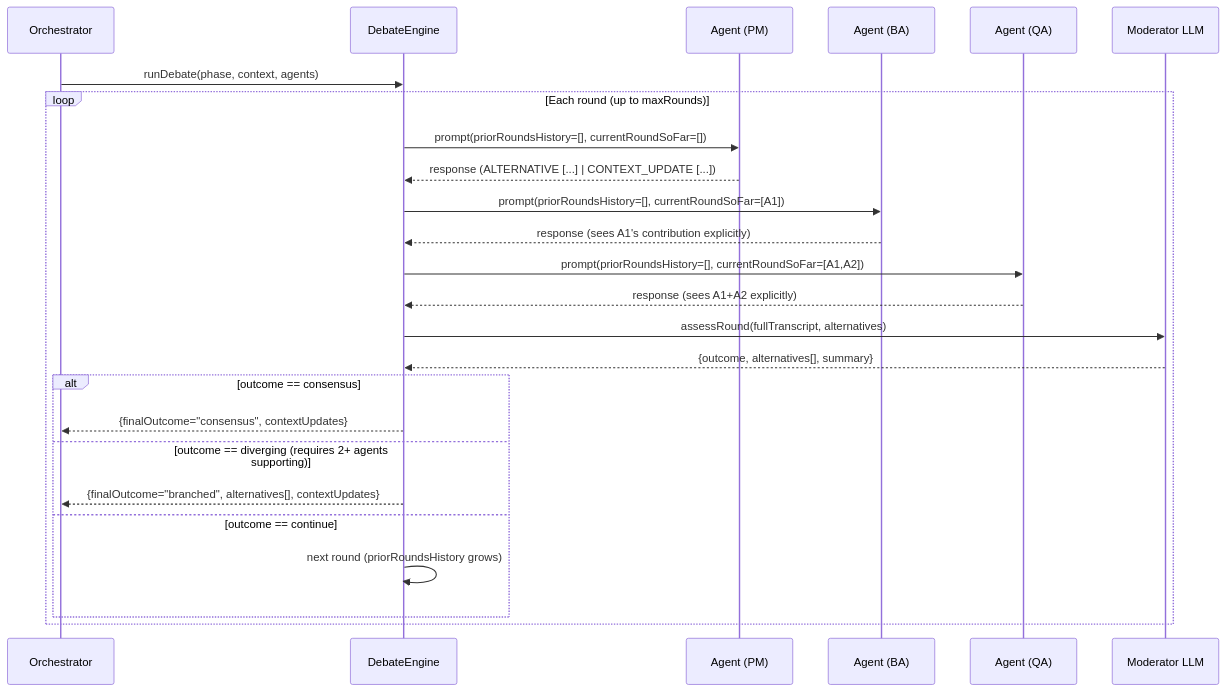
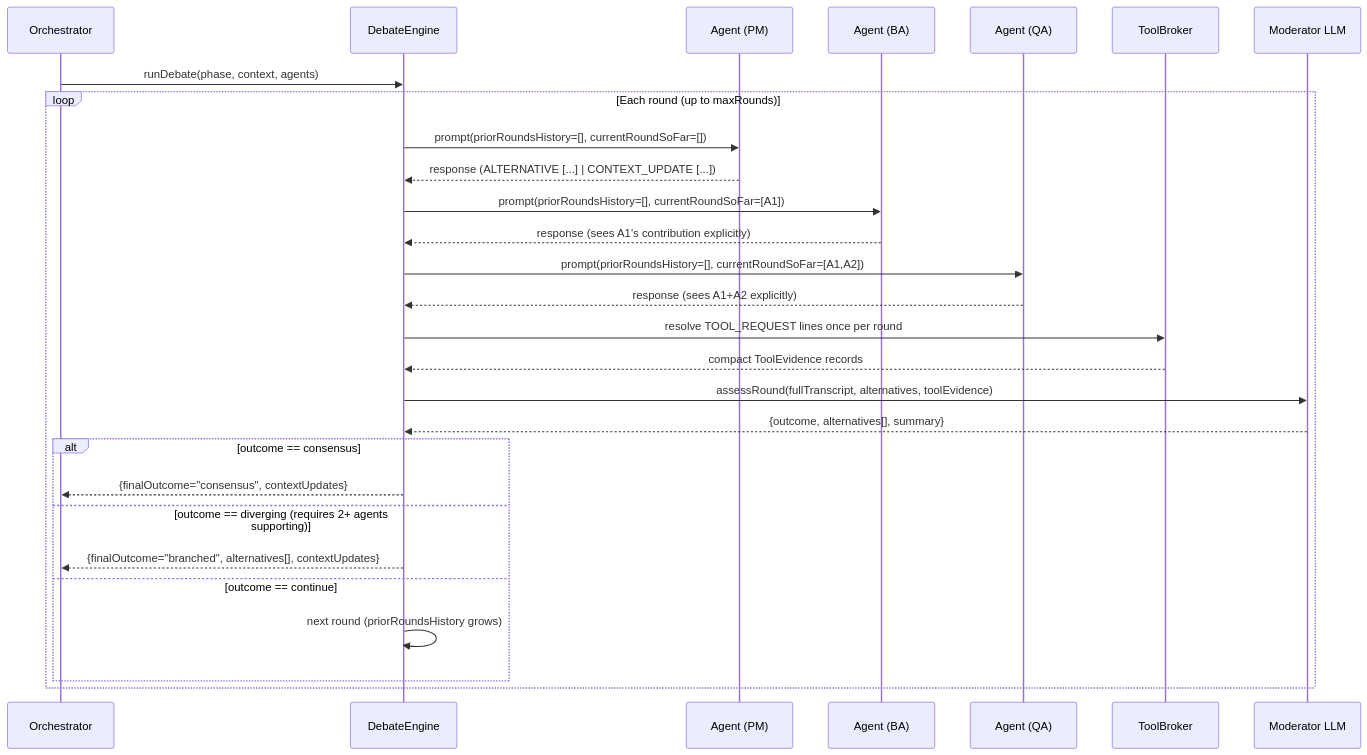
One commit to edward-sia/cto changed the fourth of 7 diagrams in docs/architecture.md. Above: the diagram before and after it, drawn with Mermaid. The commit also changed other lines of this file and 3 other files, not shown here.

````diff
--- a/docs/architecture.md
+++ b/docs/architecture.md
@@ -115,28 +116,31 @@
 ```mermaid
 sequenceDiagram
     participant O as Orchestrator
     participant DE as DebateEngine
     participant A1 as Agent (PM)
     participant A2 as Agent (BA)
     participant AN as Agent (QA)
+    participant TB as ToolBroker
     participant M as Moderator LLM
 
     O->>DE: runDebate(phase, context, agents)
     loop Each round (up to maxRounds)
         DE->>A1: prompt(priorRoundsHistory=[], currentRoundSoFar=[])
         A1-->>DE: response (ALTERNATIVE [...] | CONTEXT_UPDATE [...])
         DE->>A2: prompt(priorRoundsHistory=[], currentRoundSoFar=[A1])
         A2-->>DE: response (sees A1's contribution explicitly)
         DE->>AN: prompt(priorRoundsHistory=[], currentRoundSoFar=[A1,A2])
         AN-->>DE: response (sees A1+A2 explicitly)
-        DE->>M: assessRound(fullTranscript, alternatives)
+        DE->>TB: resolve TOOL_REQUEST lines once per round
+        TB-->>DE: compact ToolEvidence records
+        DE->>M: assessRound(fullTranscript, alternatives, toolEvidence)
         M-->>DE: {outcome, alternatives[], summary}
         alt outcome == consensus
             DE-->>O: {finalOutcome="consensus", contextUpdates}
         else outcome == diverging (requires 2+ agents supporting)
             DE-->>O: {finalOutcome="branched", alternatives[], contextUpdates}
         else outcome == continue
             DE->>DE: next round (priorRoundsHistory grows)
         end
     end
 ```
````
